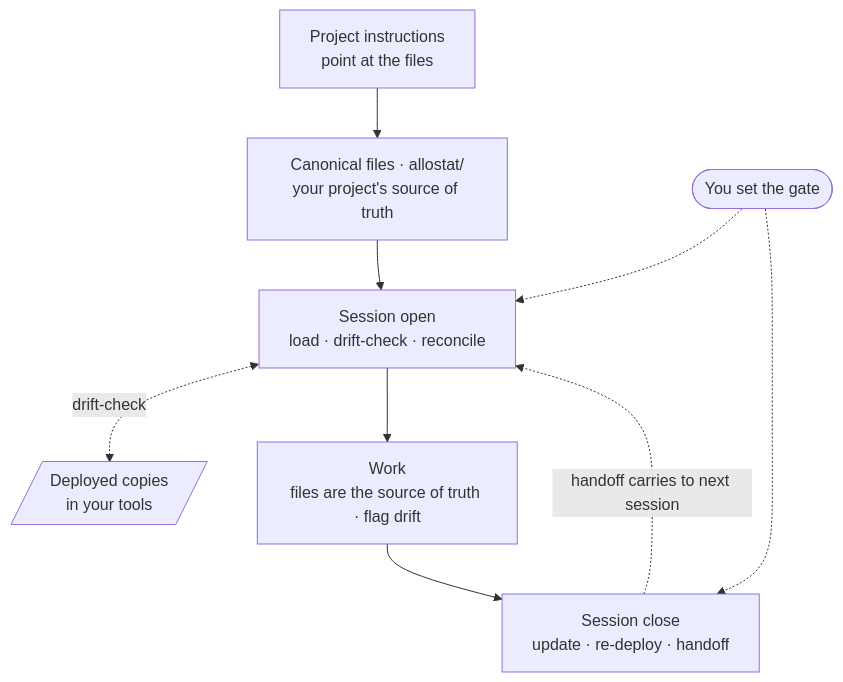
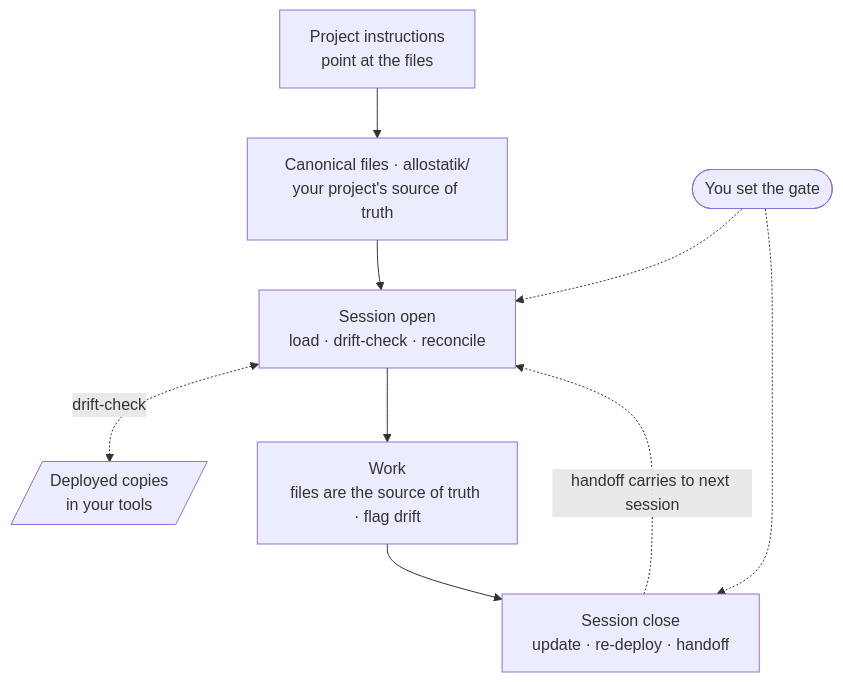
One commit to allostat/allostat changed the diagram in README.md. Above: the diagram before and after it, drawn with Mermaid. The commit also changed other lines of this file and 32 other files, not shown here.

First line of the commit message:
rename sweep: allostat -> allostatik across the public repo (s81)

````diff
--- a/README.md
+++ b/README.md
@@ -76,19 +78,19 @@
 ```mermaid
 flowchart TD
     PROJ["Project instructions<br/>point at the files"]
-    CF["Canonical files · allostat/<br/>your project's source of truth"]
+    CF["Canonical files · allostatik/<br/>your project's source of truth"]
     OPEN["Session open<br/>load · drift-check · reconcile"]
     WORK["Work<br/>files are the source of truth · flag drift"]
     CLOSE["Session close<br/>update · re-deploy · handoff"]
     DEP[/"Deployed copies<br/>in your tools"/]
     GATE(["You set the gate"])
 
     PROJ --> CF
     CF --> OPEN
     OPEN <-. drift-check .-> DEP
     OPEN --> WORK
     WORK --> CLOSE
     CLOSE -. handoff carries to next session .-> OPEN
     GATE -.-> OPEN
     GATE -.-> CLOSE
 ```
````
